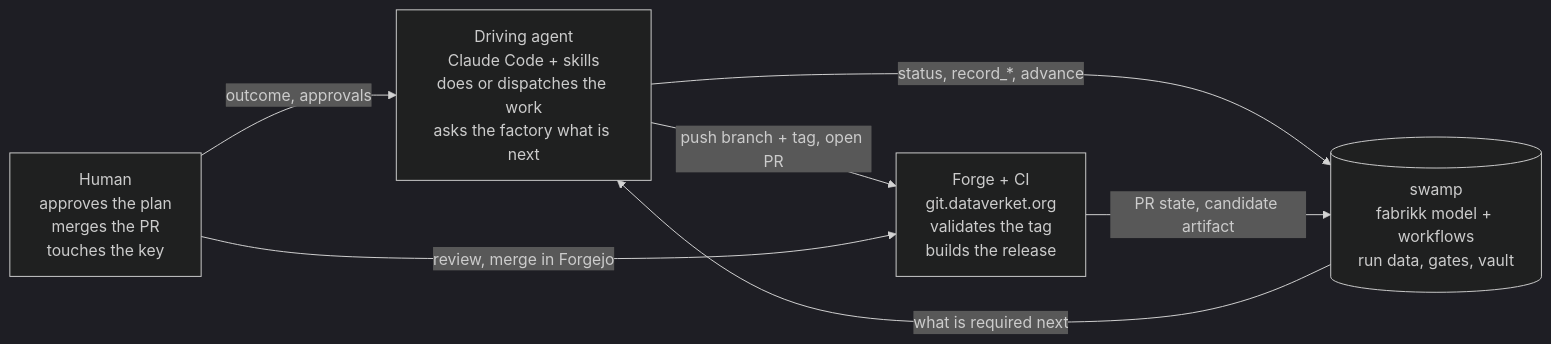
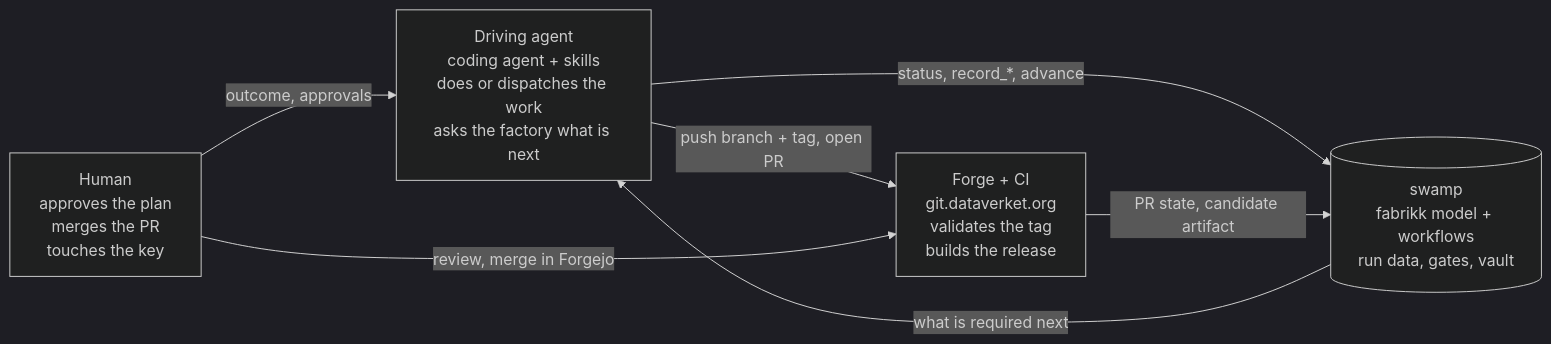
The first of 3 diagrams in docs/explanation/how-fabrikk-works.md (dataverket-org/fabrikk), drawn with Mermaid (dark theme) before and after one commit. The commit also changed other lines of this file and 38 other files, not shown here.

First line of the commit message:
chore: lay the repository out for any coding agent, the way swamp's is

````diff
--- a/docs/explanation/how-fabrikk-works.md
+++ b/docs/explanation/how-fabrikk-works.md
@@ -24,13 +24,13 @@
 ```mermaid
 flowchart LR
   H[Human<br/>approves the plan<br/>merges the PR<br/>touches the key]
-  A[Driving agent<br/>Claude Code + skills<br/>does or dispatches the work<br/>asks the factory what is next]
+  A[Driving agent<br/>coding agent + skills<br/>does or dispatches the work<br/>asks the factory what is next]
   S[(swamp<br/>fabrikk model + workflows<br/>run data, gates, vault)]
   F[Forge + CI<br/>git.dataverket.org<br/>validates the tag<br/>builds the release]
   H -- "outcome, approvals" --> A
   A -- "status, record_*, advance" --> S
   S -- "what is required next" --> A
   A -- "push branch + tag, open PR" --> F
   F -- "PR state, candidate artifact" --> S
   H -- "review, merge in Forgejo" --> F
 ```
````
